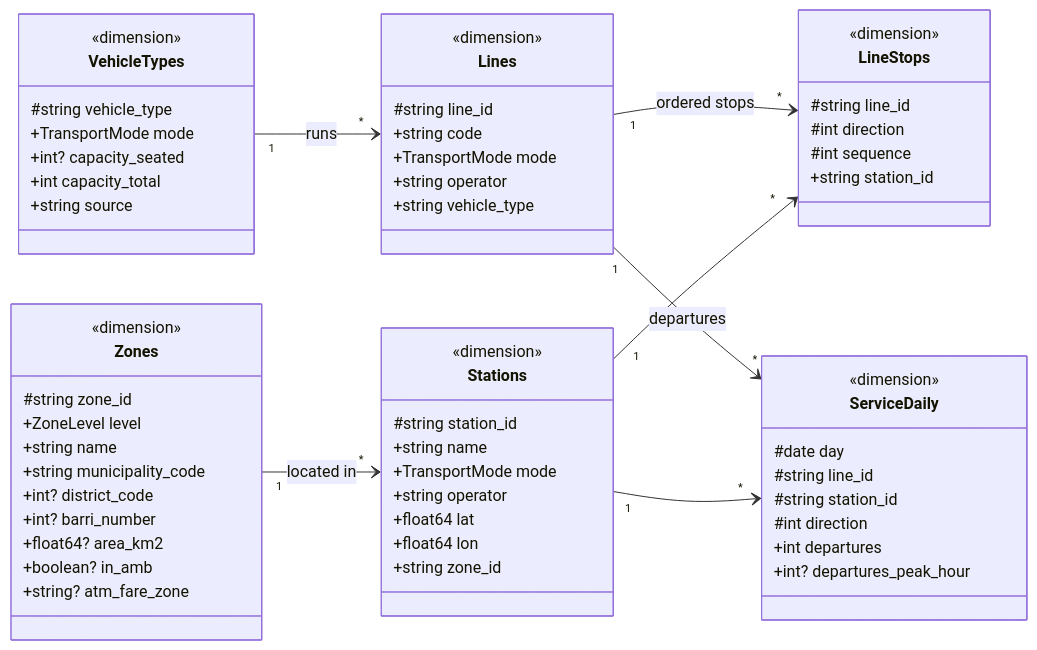
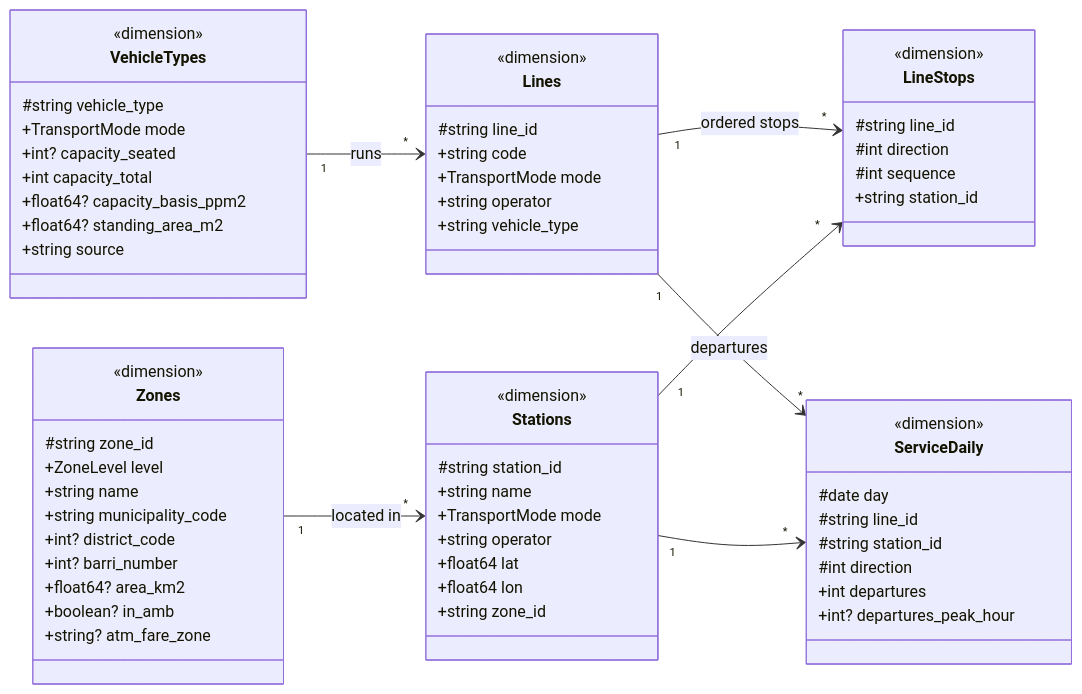
One commit to asteraceae/prisa changed the second of 6 diagrams in docs/data-model.md. Above: the diagram before and after it, drawn with Mermaid. The commit also changed other lines of this file and 12 other files, not shown here.

````diff
--- a/docs/data-model.md
+++ b/docs/data-model.md
@@ -65,64 +65,66 @@
 ```mermaid
 classDiagram
   direction LR
   class Zones {
     <<dimension>>
     #string zone_id
     +ZoneLevel level
     +string name
     +string municipality_code
     +int? district_code
     +int? barri_number
     +float64? area_km2
     +boolean? in_amb
     +string? atm_fare_zone
   }
   class Stations {
     <<dimension>>
     #string station_id
     +string name
     +TransportMode mode
     +string operator
     +float64 lat
     +float64 lon
     +string zone_id
   }
   class Lines {
     <<dimension>>
     #string line_id
     +string code
     +TransportMode mode
     +string operator
     +string vehicle_type
   }
   class LineStops {
     <<dimension>>
     #string line_id
     #int direction
     #int sequence
     +string station_id
   }
   class VehicleTypes {
     <<dimension>>
     #string vehicle_type
     +TransportMode mode
     +int? capacity_seated
     +int capacity_total
+    +float64? capacity_basis_ppm2
+    +float64? standing_area_m2
     +string source
   }
   class ServiceDaily {
     <<dimension>>
     #date day
     #string line_id
     #string station_id
     #int direction
     +int departures
     +int? departures_peak_hour
   }
   Zones "1" --> "*" Stations : located in
   Lines "1" --> "*" LineStops : ordered stops
   Stations "1" --> "*" LineStops
   VehicleTypes "1" --> "*" Lines : runs
   Lines "1" --> "*" ServiceDaily : departures
   Stations "1" --> "*" ServiceDaily
 ```
````
